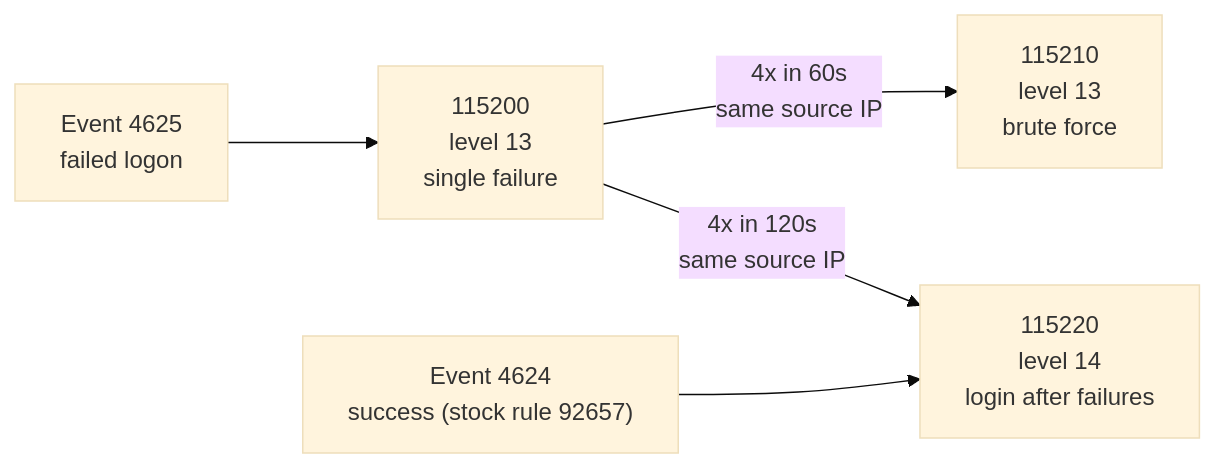
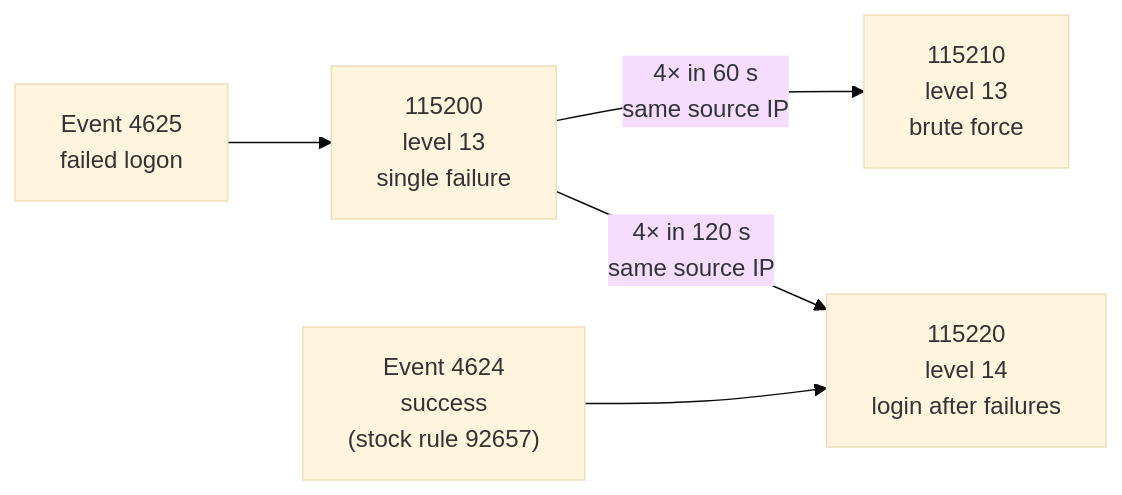
The diagram in docs/detection-rules.md (shaurya-security/sec-wazuh-windows-detection), drawn with Mermaid (base theme) before and after one commit. The commit also changed other lines of this file and 11 other files, not shown here.

````diff
--- a/docs/detection-rules.md
+++ b/docs/detection-rules.md
@@ -11,7 +25,7 @@
 ```mermaid
 flowchart LR
     E1["Event 4625<br/>failed logon"] --> R1["115200<br/>level 13<br/>single failure"]
-    R1 -- "4x in 60s<br/>same source IP" --> R2["115210<br/>level 13<br/>brute force"]
-    E2["Event 4624<br/>success (stock rule 92657)"] --> R3["115220<br/>level 14<br/>login after failures"]
-    R1 -- "4x in 120s<br/>same source IP" --> R3
+    R1 -- "4× in 60 s<br/>same source IP" --> R2["115210<br/>level 13<br/>brute force"]
+    E2["Event 4624<br/>success<br/>(stock rule 92657)"] --> R3["115220<br/>level 14<br/>login after failures"]
+    R1 -- "4× in 120 s<br/>same source IP" --> R3
 ```
````
